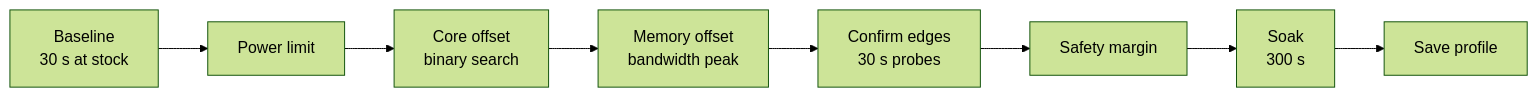
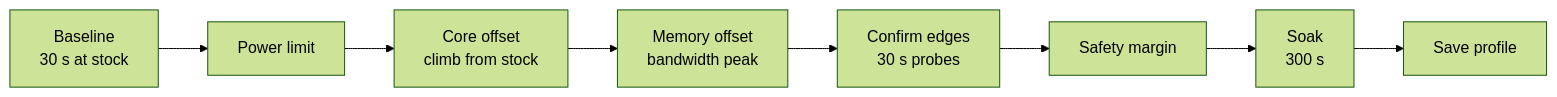
Before and after one commit to Rovey/gpu-auto-optimizer: the diagram in README.md, drawn with Mermaid (forest theme). The commit also changed other lines of this file and 1 other file, not shown here.

Commit message:
docs: README search wording, --probe row, hardware check 51

````diff
--- a/README.md
+++ b/README.md
@@ -70,10 +70,10 @@
 ```mermaid
 flowchart LR
     A[Baseline<br/>30 s at stock] --> B[Power limit]
-    B --> C[Core offset<br/>binary search]
+    B --> C[Core offset<br/>climb from stock]
     C --> D[Memory offset<br/>bandwidth peak]
     D --> E[Confirm edges<br/>30 s probes]
     E --> F[Safety margin]
     F --> G[Soak<br/>300 s]
     G --> H[Save profile]
 ```
````
